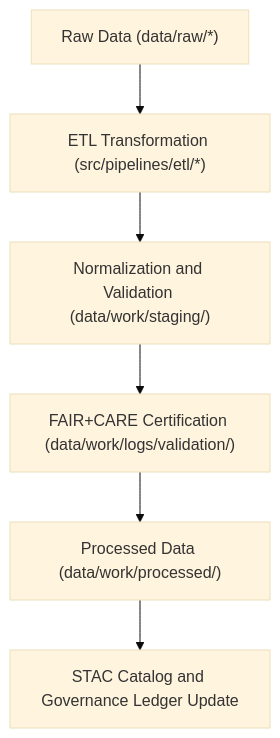
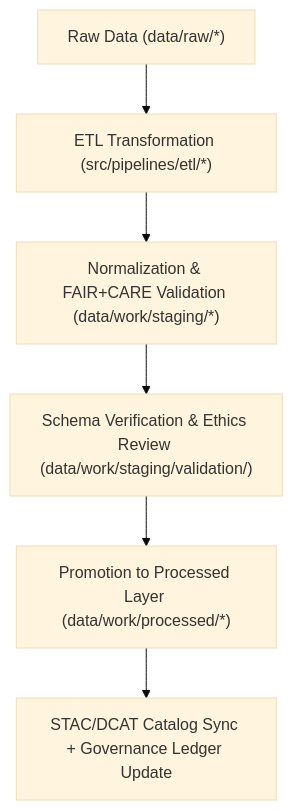
Before and after one commit to bartytime4life/Kansas-Frontier-Matrix: the diagram in data/work/staging/README.md, drawn with Mermaid (base theme). The commit also changed other lines of this file, not shown here.

````diff
--- a/data/work/staging/README.md
+++ b/data/work/staging/README.md
@@ -72,8 +79,8 @@
 ```mermaid
 flowchart TD
     A["Raw Data (data/raw/*)"] --> B["ETL Transformation (src/pipelines/etl/*)"]
-    B --> C["Normalization and Validation (data/work/staging/)"]
-    C --> D["FAIR+CARE Certification (data/work/logs/validation/)"]
-    D --> E["Processed Data (data/work/processed/)"]
-    E --> F["STAC Catalog and Governance Ledger Update"]
+    B --> C["Normalization & FAIR+CARE Validation (data/work/staging/*)"]
+    C --> D["Schema Verification & Ethics Review (data/work/staging/validation/)"]
+    D --> E["Promotion to Processed Layer (data/work/processed/*)"]
+    E --> F["STAC/DCAT Catalog Sync + Governance Ledger Update"]
 ```
````
